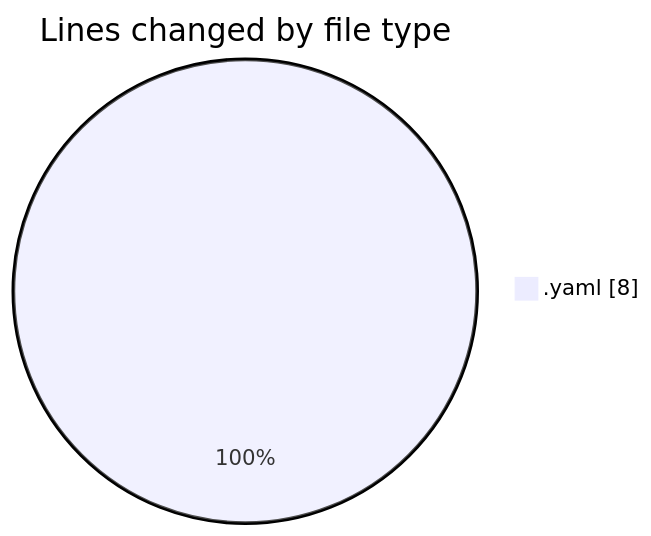
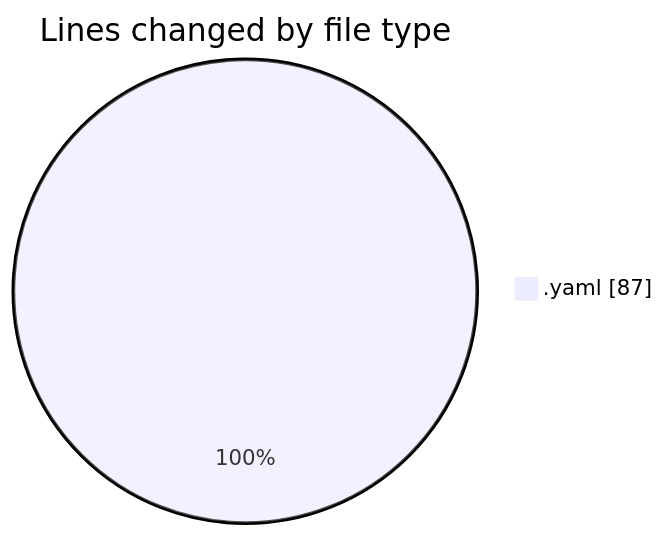
Before and after one commit to nxtqubesakshisongat/code-tracking: the first of 2 diagrams in 2026-07-10/argos_orchestrator/README.md, drawn with Mermaid. The commit also changed other lines of this file and 1 other file, not shown here.

````diff
--- a/2026-07-10/argos_orchestrator/README.md
+++ b/2026-07-10/argos_orchestrator/README.md
@@ -20,5 +21,5 @@
 ```mermaid
 pie showData
 title Lines changed by file type
-".yaml" : 8
+".yaml" : 87
 ```
````
